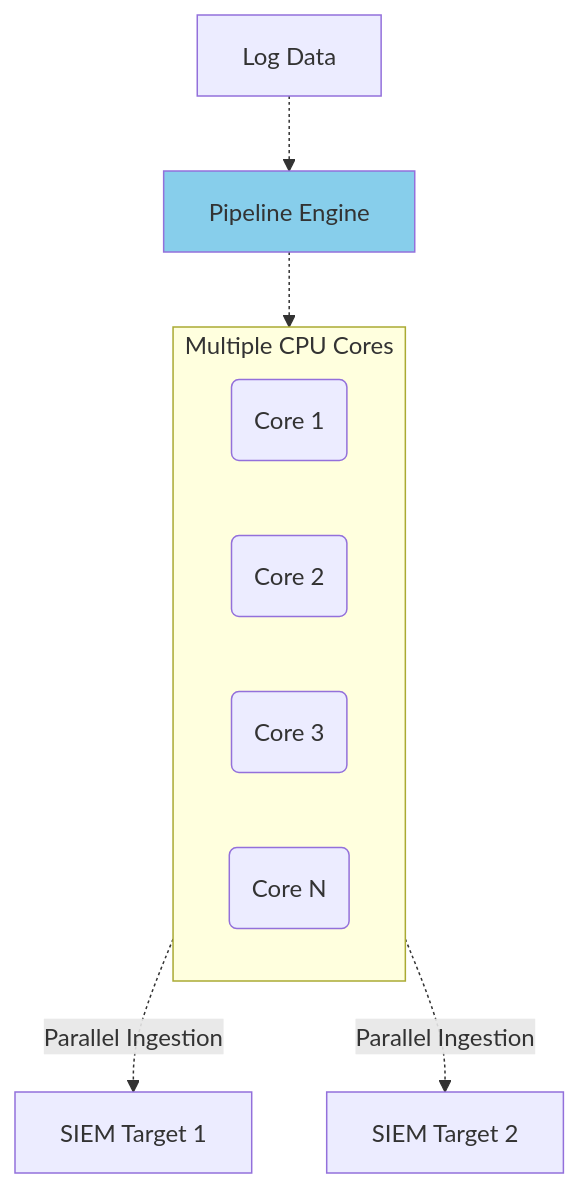
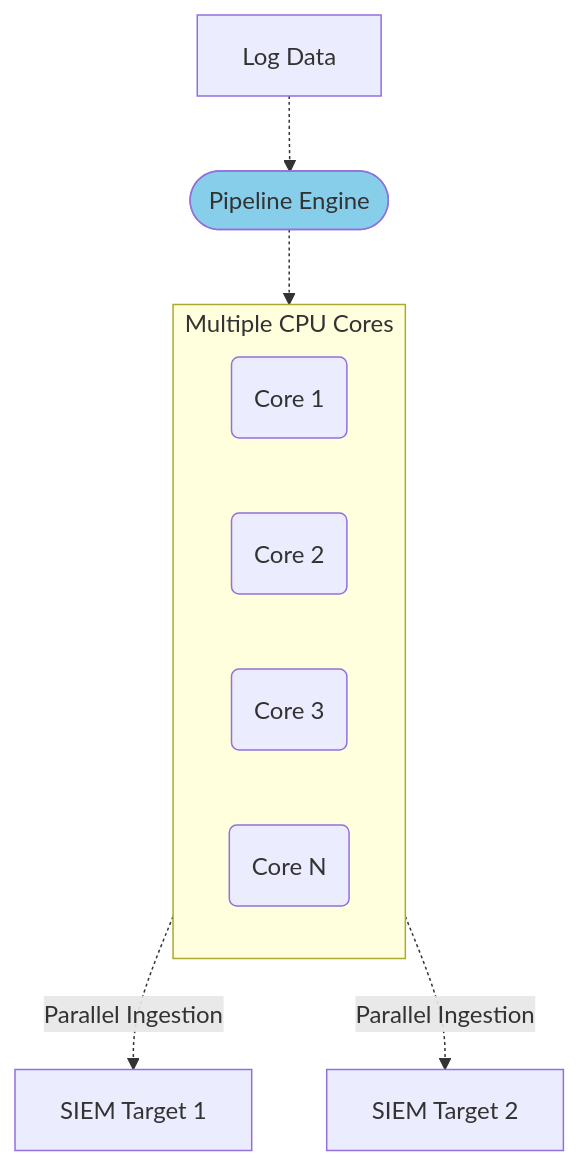
Before and after one commit to VirtualMetric/virtualmetric-docs: the second of 7 diagrams in docs/README.mdx, drawn with Mermaid. The commit also changed other lines of this file, not shown here.

Commit message:
Edited the about graphics

````diff
--- a/docs/README.mdx
+++ b/docs/README.mdx
@@ -66,17 +63,17 @@
 ```mermaid
 graph TD
     subgraph Cores[Multiple CPU Cores]
         C1(Core 1)
         C2(Core 2)
         C3(Core 3)
         C4(Core N)
     end
     
-    Data[Log Data] -.-> Pipeline[Pipeline Engine]
+    Data[Log Data] -.-> Pipeline([Pipeline Engine])
     Pipeline -.-> Cores
     
     Cores -.-> |Parallel Ingestion| SIEM1[SIEM Target 1]
     Cores -.-> |Parallel Ingestion| SIEM2[SIEM Target 2]
     
     style Pipeline fill:#87CEEB
 ```
````
